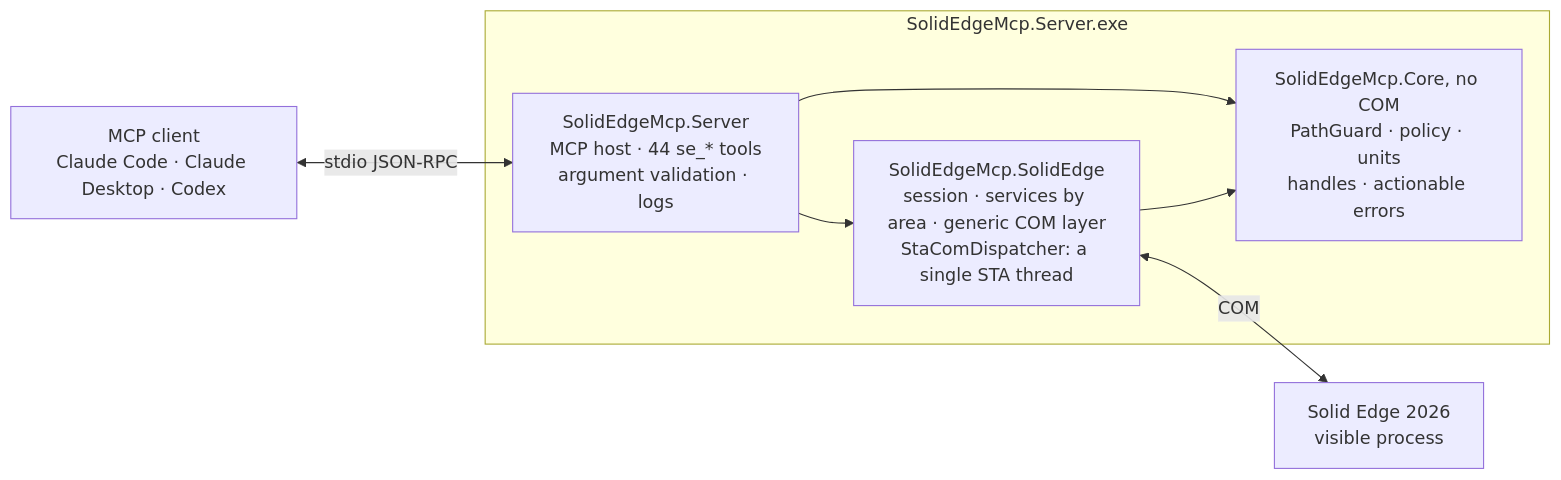
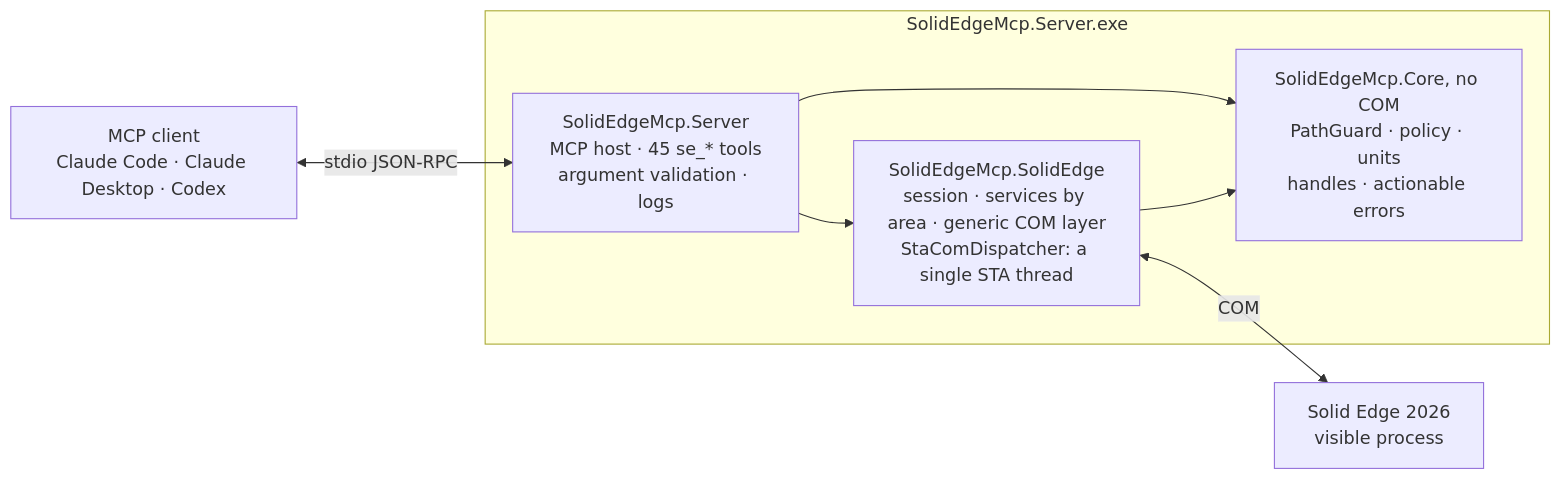
One commit to gabichuuuuu/solid-edge-mcp changed the diagram in README.md. Above: the diagram before and after it, drawn with Mermaid. The commit also changed other lines of this file and 7 other files, not shown here.

````diff
--- a/README.md
+++ b/README.md
@@ -141,18 +142,18 @@
 ```mermaid
 flowchart LR
     client["MCP client<br/>Claude Code · Claude Desktop · Codex"]
 
     subgraph exe ["SolidEdgeMcp.Server.exe"]
-        server["SolidEdgeMcp.Server<br/>MCP host · 44 se_* tools<br/>argument validation · logs"]
+        server["SolidEdgeMcp.Server<br/>MCP host · 45 se_* tools<br/>argument validation · logs"]
         se["SolidEdgeMcp.SolidEdge<br/>session · services by area · generic COM layer<br/>StaComDispatcher: a single STA thread"]
         core["SolidEdgeMcp.Core, no COM<br/>PathGuard · policy · units<br/>handles · actionable errors"]
         server --> se
         server --> core
         se --> core
     end
 
     app["Solid Edge 2026<br/>visible process"]
 
     client <-->|stdio JSON-RPC| server
     se <-->|COM| app
 ```
````
